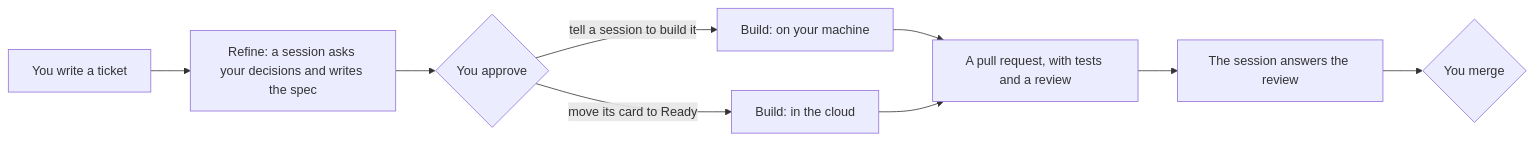
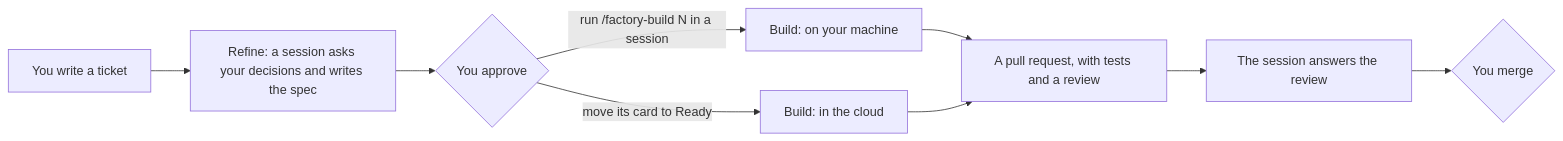
One commit to davidbyoung/software-factory changed the diagram in README.md. Above: the diagram before and after it, drawn with Mermaid. The commit also changed 13 other files, not shown here.

````diff
--- a/README.md
+++ b/README.md
@@ -35,11 +35,11 @@
 ```mermaid
 flowchart LR
     A[You write a ticket] --> B[Refine: a session asks your decisions and writes the spec]
     B --> C{You approve}
-    C -->|tell a session to build it| D[Build: on your machine]
+    C -->|"run /factory-build N in a session"| D[Build: on your machine]
     C -->|move its card to Ready| E[Build: in the cloud]
     D --> F[A pull request, with tests and a review]
     E --> F
     F --> G[The session answers the review]
     G --> H{You merge}
 ```
````
